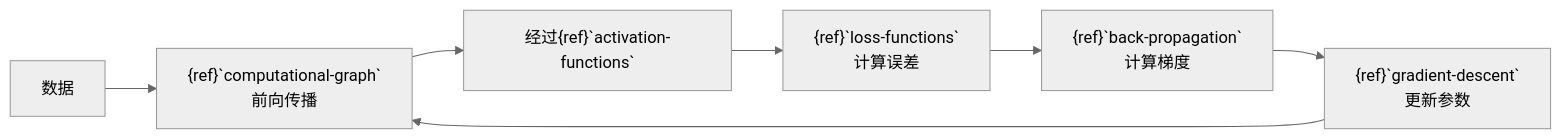
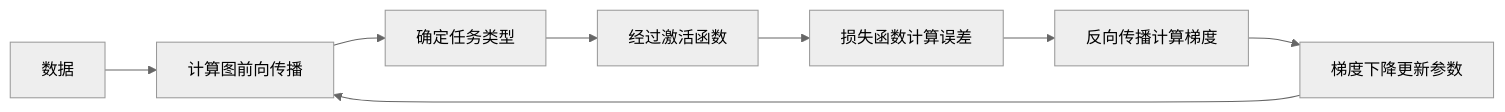
Before and after one commit to ulink-deep-learning-club/ulink-deeplearningclub-handouts: the diagram in source/math-fundamentals/the-end.md, drawn with Mermaid (neutral theme). The commit also changed other lines of this file and 6 other files, not shown here.

````diff
--- a/source/math-fundamentals/the-end.md
+++ b/source/math-fundamentals/the-end.md
@@ -36,9 +41,10 @@
 ```{mermaid}
 graph LR
-    A[数据] --> B["{ref}`computational-graph`<br/>前向传播"]
-    B --> C["经过{ref}`activation-functions`"]
-    C --> D["{ref}`loss-functions`<br/>计算误差"]
-    D --> E["{ref}`back-propagation`<br/>计算梯度"]
-    E --> F["{ref}`gradient-descent`<br/>更新参数"]
-    F --> B
+    A[数据] --> B[计算图前向传播]
+    B --> C[确定任务类型]
+    C --> D[经过激活函数]
+    D --> E[损失函数计算误差]
+    E --> F[反向传播计算梯度]
+    F --> G[梯度下降更新参数]
+    G --> B
 ```
````
